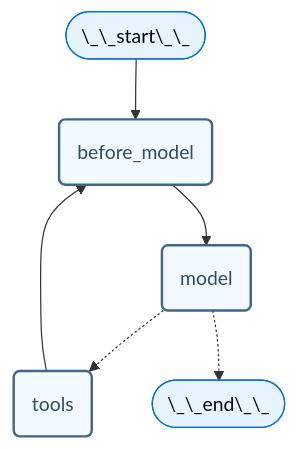
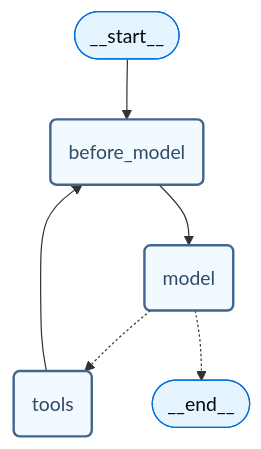
One commit to olorehq/olore changed the first of 2 diagrams in vault/packages/langchain/latest/contents/langchain/short-term-memory.mdx. Above: the diagram before and after it, drawn with Mermaid. The commit also changed other lines of this file and 26351 other files, not shown here.

````diff
--- a/vault/packages/langchain/latest/contents/langchain/short-term-memory.mdx
+++ b/vault/packages/langchain/latest/contents/langchain/short-term-memory.mdx
@@ -955,26 +969,26 @@
 ```mermaid
 %%{
     init: {
         "fontFamily": "monospace",
         "flowchart": {
         "curve": "basis"
         }
     }
 }%%
 graph TD
-    S(["\_\_start\_\_"])
+    S(["`\_\_start\_\_`"])
     PRE(before_model)
     MODEL(model)
     TOOLS(tools)
-    END(["\_\_end\_\_"])
+    END(["`\_\_end\_\_`"])
     S --> PRE
     PRE --> MODEL
     MODEL -.-> TOOLS
     MODEL -.-> END
     TOOLS --> PRE
     classDef blueHighlight fill:#E5F4FF,stroke:#006DDD,color:#030710;
     classDef neutral fill:#F2FAFF,stroke:#40668D,stroke-width:2px,color:#2F4B68;
     class S blueHighlight;
     class END blueHighlight;
     class PRE,MODEL,TOOLS neutral;
 ```
````
